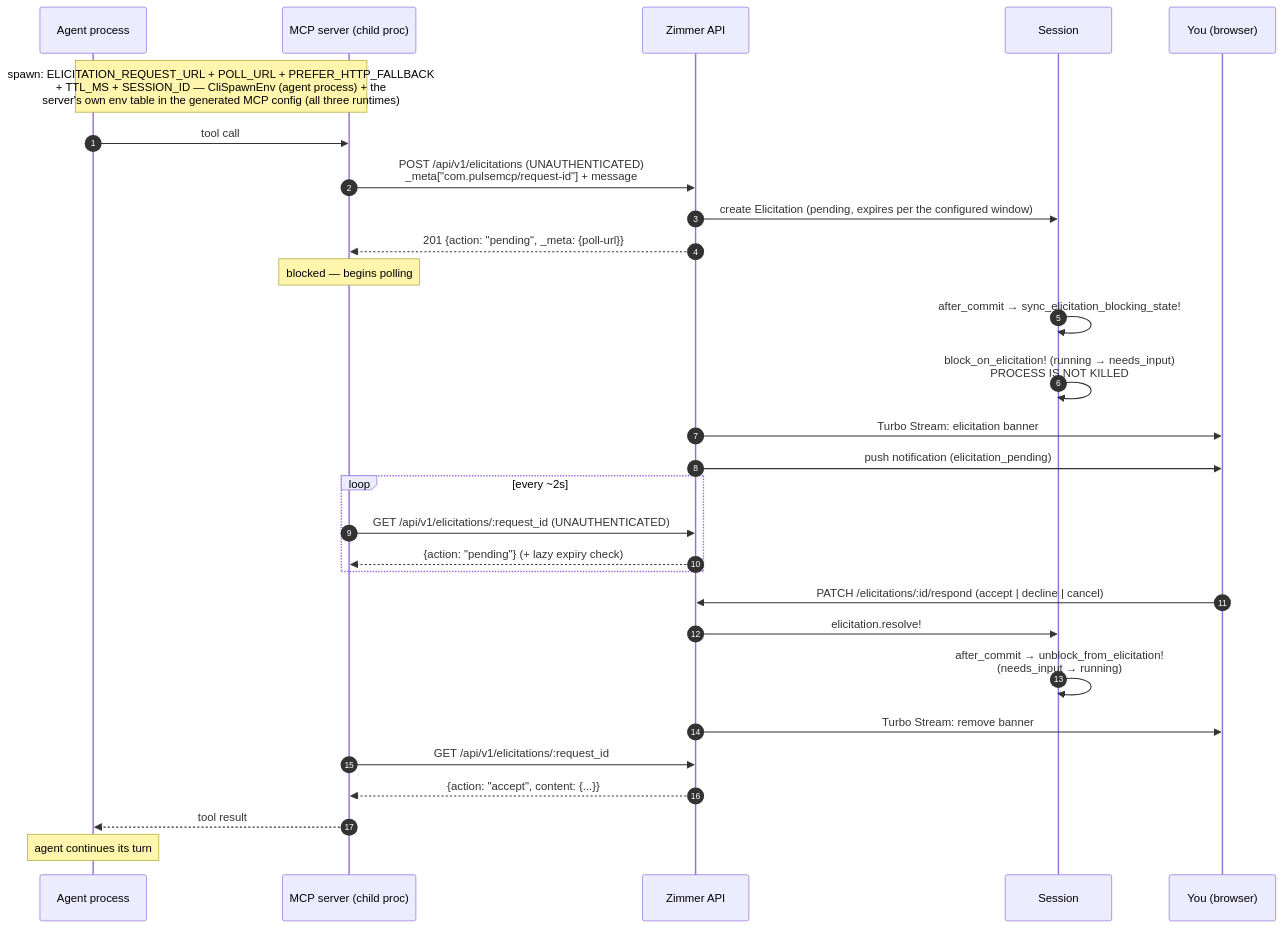
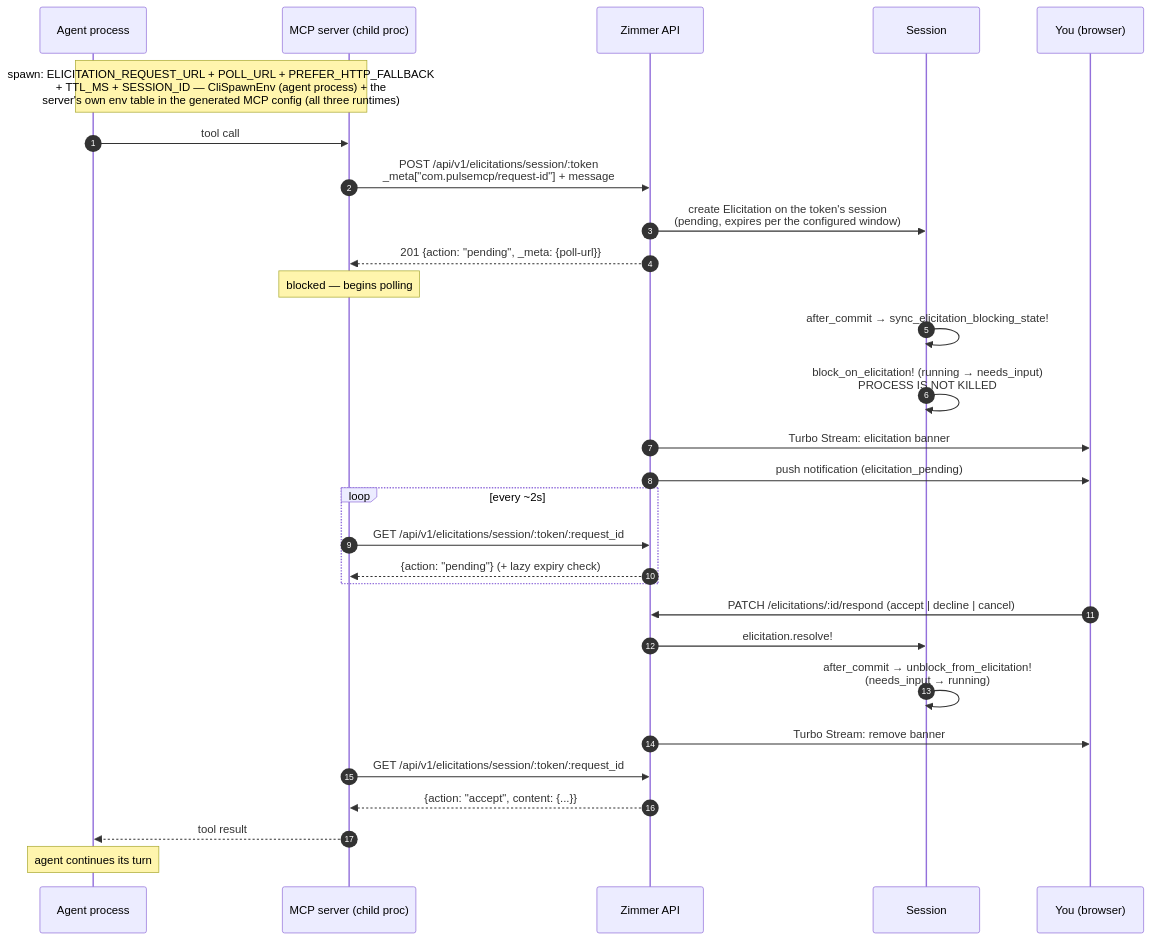
Before and after one commit to tadasant/zimmer: the diagram in docs/src/content/docs/sessions/elicitation.md, drawn with Mermaid. The commit also changed other lines of this file and 14 other files, not shown here.

First line of the commit message:
fix(elicitations): MCP servers authenticate with a per-session token in the URL path

````diff
--- a/docs/src/content/docs/sessions/elicitation.md
+++ b/docs/src/content/docs/sessions/elicitation.md
@@ -18,34 +18,34 @@
 ```mermaid
 sequenceDiagram
     autonumber
     participant P as Agent process
     participant M as MCP server (child proc)
     participant Z as Zimmer API
     participant S as Session
     participant U as You (browser)
 
     Note over P,M: spawn: ELICITATION_REQUEST_URL + POLL_URL + PREFER_HTTP_FALLBACK<br/>+ TTL_MS + SESSION_ID — CliSpawnEnv (agent process) + the<br/>server's own env table in the generated MCP config (all three runtimes)
     P->>M: tool call
-    M->>Z: POST /api/v1/elicitations (UNAUTHENTICATED)<br/>_meta["com.pulsemcp/request-id"] + message
-    Z->>S: create Elicitation (pending, expires per the configured window)
+    M->>Z: POST /api/v1/elicitations/session/:token<br/>_meta["com.pulsemcp/request-id"] + message
+    Z->>S: create Elicitation on the token's session<br/>(pending, expires per the configured window)
     Z-->>M: 201 {action: "pending", _meta: {poll-url}}
     Note over M: blocked — begins polling
     S->>S: after_commit → sync_elicitation_blocking_state!
     S->>S: block_on_elicitation! (running → needs_input)<br/>PROCESS IS NOT KILLED
     Z->>U: Turbo Stream: elicitation banner
     Z->>U: push notification (elicitation_pending)
 
     loop every ~2s
-        M->>Z: GET /api/v1/elicitations/:request_id (UNAUTHENTICATED)
+        M->>Z: GET /api/v1/elicitations/session/:token/:request_id
         Z-->>M: {action: "pending"} (+ lazy expiry check)
     end
 
     U->>Z: PATCH /elicitations/:id/respond (accept | decline | cancel)
     Z->>S: elicitation.resolve!
     S->>S: after_commit → unblock_from_elicitation!<br/>(needs_input → running)
     Z->>U: Turbo Stream: remove banner
-    M->>Z: GET /api/v1/elicitations/:request_id
+    M->>Z: GET /api/v1/elicitations/session/:token/:request_id
     Z-->>M: {action: "accept", content: {...}}
     M-->>P: tool result
     Note over P: agent continues its turn
 ```
````
